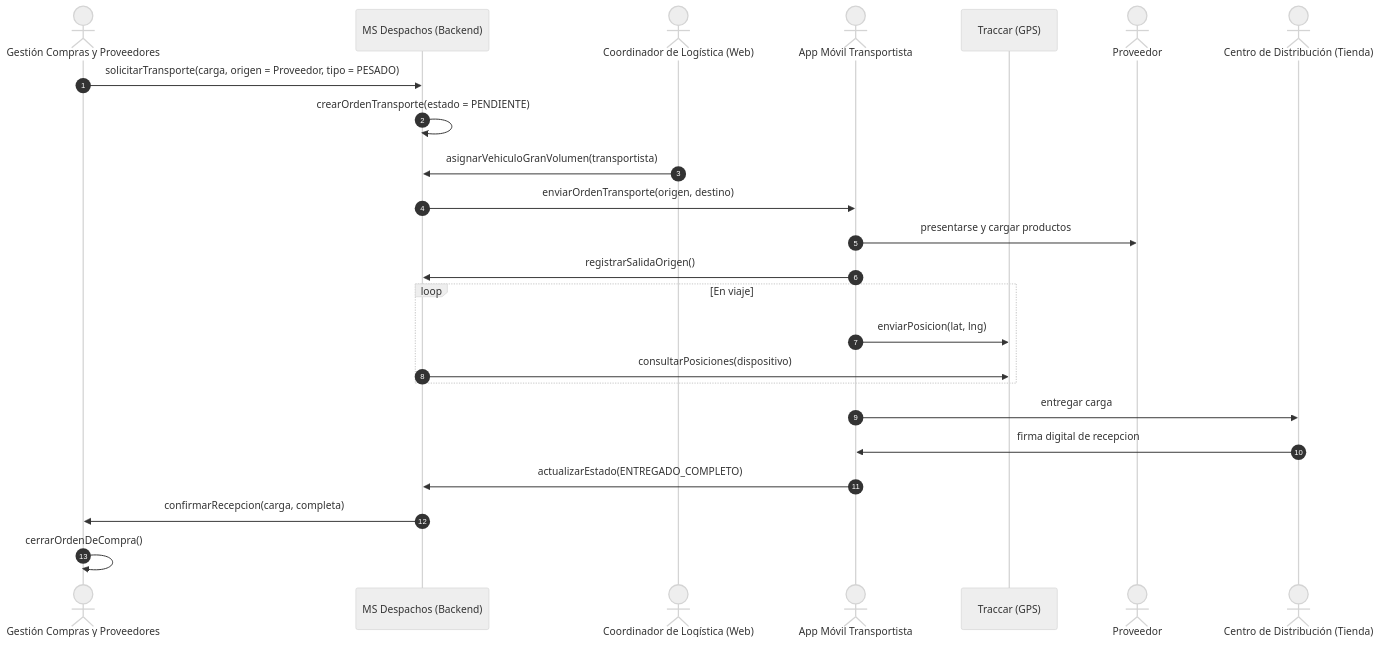
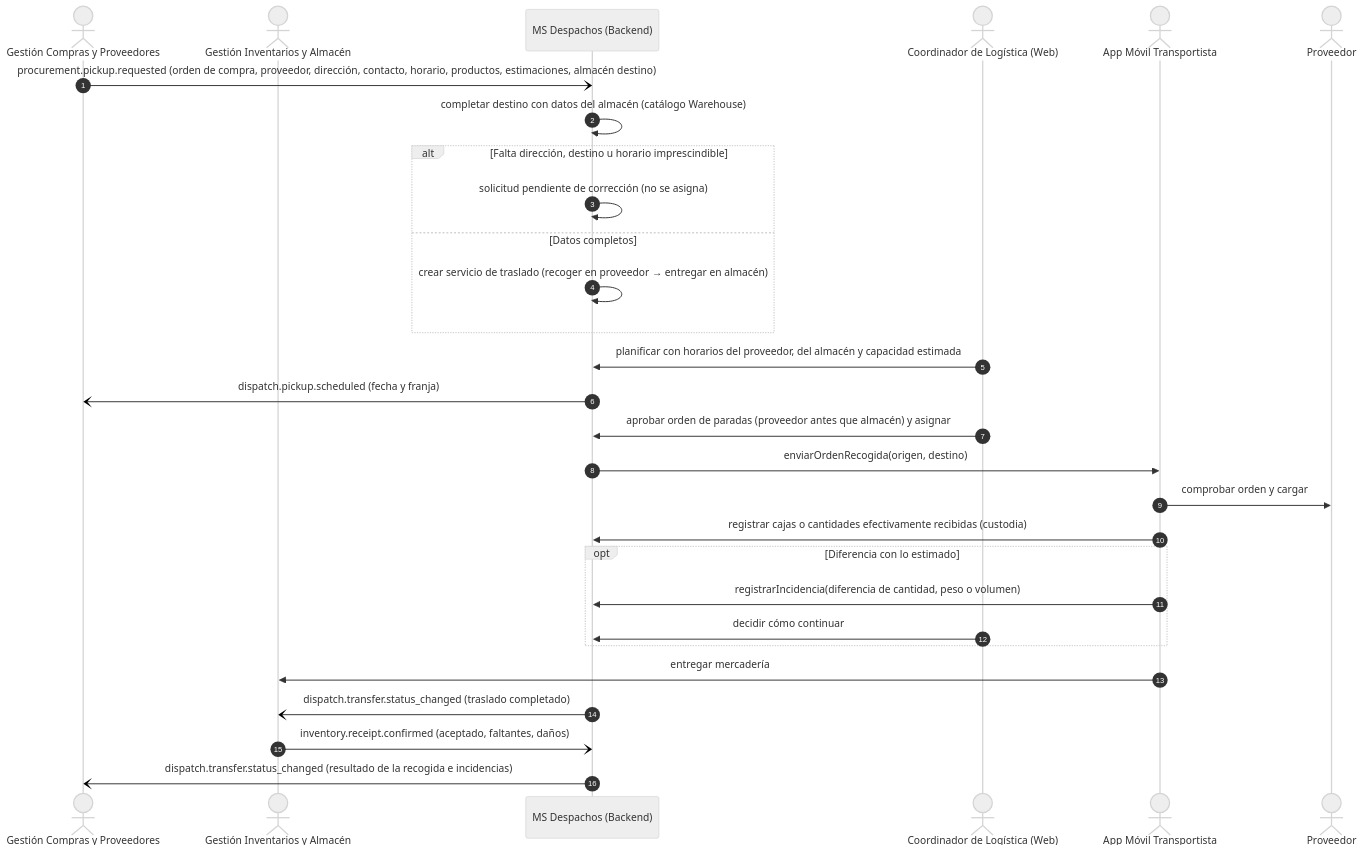
Before and after one commit to Entregas-y-despacho-MS/delivery-dispatch-docs: the fourth of 5 diagrams in interoperabilidad-y-flujos.md, drawn with Mermaid (neutral theme). The commit also changed other lines of this file and 4 other files, not shown here.

First line of the commit message:
docs: integración asíncrona con el ERP y ajuste integral del Sprint 2

````diff
--- a/interoperabilidad-y-flujos.md
+++ b/interoperabilidad-y-flujos.md
@@ -105,31 +232,35 @@
 ```mermaid
 sequenceDiagram
     autonumber
     actor Compras as Gestión Compras y Proveedores
+    actor Almacen as Gestión Inventarios y Almacén
     participant Backend as MS Despachos (Backend)
     actor Coordinador as Coordinador de Logística (Web)
     actor Repartidor as App Móvil Transportista
-    participant Traccar as Traccar (GPS)
     actor Proveedor as Proveedor
-    actor Cedis as Centro de Distribución (Tienda)
 
-    Compras->>Backend: solicitarTransporte(carga, origen = Proveedor, tipo = PESADO)
-    Backend->>Backend: crearOrdenTransporte(estado = PENDIENTE)
-    
-    Coordinador->>Backend: asignarVehiculoGranVolumen(transportista)
-    Backend->>Repartidor: enviarOrdenTransporte(origen, destino)
-    
-    Repartidor->>Proveedor: presentarse y cargar productos
-    Repartidor->>Backend: registrarSalidaOrigen()
-    
-    loop En viaje
-        Repartidor->>Traccar: enviarPosicion(lat, lng)
-        Backend->>Traccar: consultarPosiciones(dispositivo)
+    Compras-)Backend: procurement.pickup.requested (orden de compra, proveedor, dirección, contacto, horario, productos, estimaciones, almacén destino)
+    Backend->>Backend: completar destino con datos del almacén (catálogo Warehouse)
+    alt Falta dirección, destino u horario imprescindible
+        Backend->>Backend: solicitud pendiente de corrección (no se asigna)
+    else Datos completos
+        Backend->>Backend: crear servicio de traslado (recoger en proveedor → entregar en almacén)
     end
-    
-    Repartidor->>Cedis: entregar carga
-    Cedis->>Repartidor: firma digital de recepcion
-    Repartidor->>Backend: actualizarEstado(ENTREGADO_COMPLETO)
-    Backend->>Compras: confirmarRecepcion(carga, completa)
-    Compras->>Compras: cerrarOrdenDeCompra()
+
+    Coordinador->>Backend: planificar con horarios del proveedor, del almacén y capacidad estimada
+    Backend-)Compras: dispatch.pickup.scheduled (fecha y franja)
+    Coordinador->>Backend: aprobar orden de paradas (proveedor antes que almacén) y asignar
+    Backend->>Repartidor: enviarOrdenRecogida(origen, destino)
+
+    Repartidor->>Proveedor: comprobar orden y cargar
+    Repartidor->>Backend: registrar cajas o cantidades efectivamente recibidas (custodia)
+    opt Diferencia con lo estimado
+        Repartidor->>Backend: registrarIncidencia(diferencia de cantidad, peso o volumen)
+        Coordinador->>Backend: decidir cómo continuar
+    end
+
+    Repartidor->>Almacen: entregar mercadería
+    Backend-)Almacen: dispatch.transfer.status_changed (traslado completado)
+    Almacen-)Backend: inventory.receipt.confirmed (aceptado, faltantes, daños)
+    Backend-)Compras: dispatch.transfer.status_changed (resultado de la recogida e incidencias)
 ```
````
